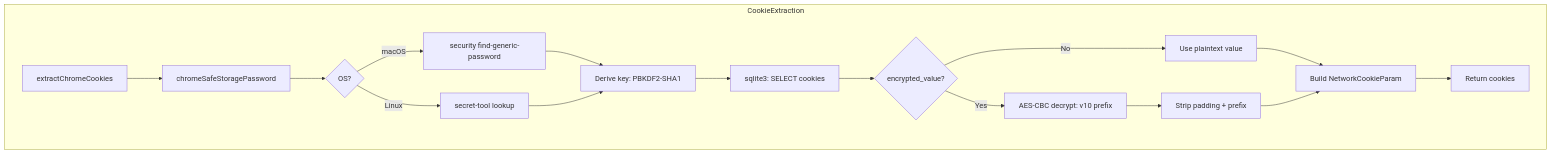
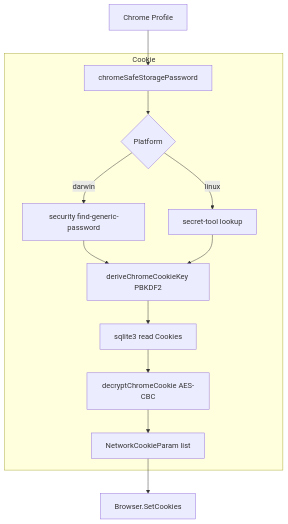
The fourth of 7 diagrams in doc/architecture.md (pardnchiu/go-browser), drawn with Mermaid before and after one commit. The commit also changed other lines of this file and 5 other files, not shown here.

Commit message:
doc: Rewrite docs for Chrome content extraction and package rename

````diff
--- a/doc/architecture.md
+++ b/doc/architecture.md
@@ -113,19 +86,15 @@
 ```mermaid
 graph TB
-    subgraph CookieExtraction
-        A[extractChromeCookies] --> B[chromeSafeStoragePassword]
-        B --> C{OS?}
-        C -->|macOS| D[security find-generic-password]
-        C -->|Linux| E[secret-tool lookup]
-        D --> F[Derive key: PBKDF2-SHA1]
-        E --> F
-        F --> G[sqlite3: SELECT cookies]
-        G --> H{encrypted_value?}
-        H -->|Yes| I[AES-CBC decrypt: v10 prefix]
-        H -->|No| J[Use plaintext value]
-        I --> K[Strip padding + prefix]
-        J --> L[Build NetworkCookieParam]
-        K --> L
-        L --> M[Return cookies]
+    subgraph Cookie
+        A[chromeSafeStoragePassword] --> B{Platform}
+        B -->|darwin| C[security find-generic-password]
+        B -->|linux| D[secret-tool lookup]
+        C --> E[deriveChromeCookieKey PBKDF2]
+        D --> E
+        E --> F[sqlite3 read Cookies]
+        F --> G[decryptChromeCookie AES-CBC]
+        G --> H[NetworkCookieParam list]
     end
+    External[Chrome Profile] --> A
+    H --> Inject[Browser.SetCookies]
 ```
````
